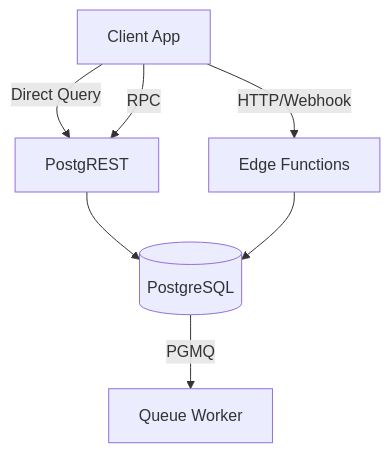
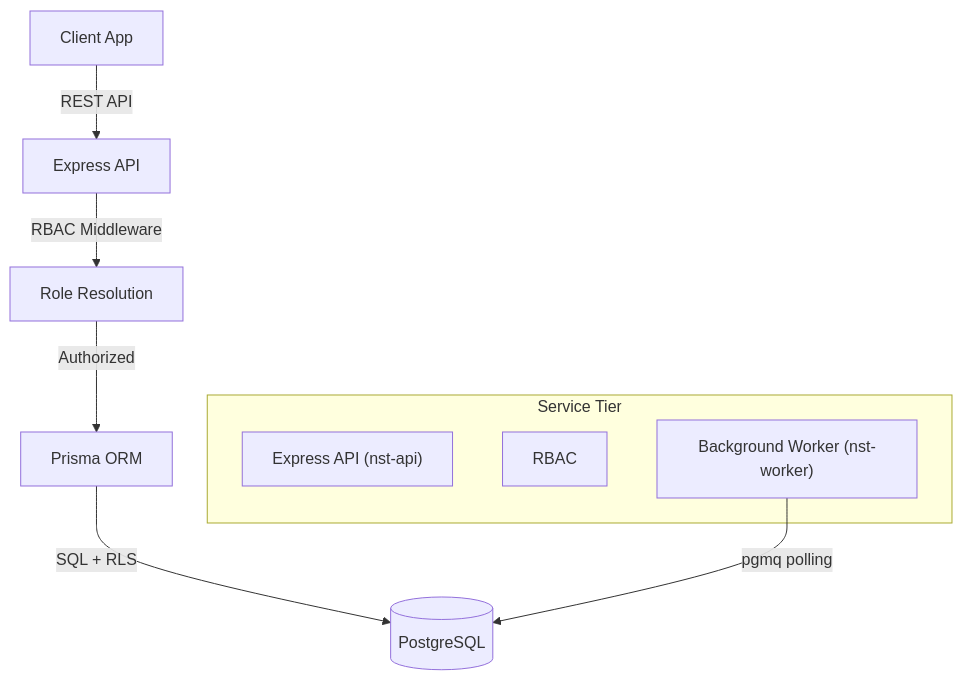
One commit to sohamdhande/nst-events-docs changed the diagram in docs/api/01-api-architecture.md. Above: the diagram before and after it, drawn with Mermaid. The commit also changed other lines of this file and 77 other files, not shown here.

````diff
--- a/docs/api/01-api-architecture.md
+++ b/docs/api/01-api-architecture.md
@@ -14,9 +17,14 @@
 ```mermaid
 graph TD
-    Client[Client App] --> |Direct Query| PostgREST
-    Client --> |RPC| PostgREST
-    Client --> |HTTP/Webhook| EdgeFunctions[Edge Functions]
-    PostgREST --> Database[(PostgreSQL)]
-    EdgeFunctions --> Database
-    Database --> |PGMQ| QueueWorker[Queue Worker]
+    Client[Client App] -->|REST API| Express[Express API]
+    Express -->|RBAC Middleware| Auth[Role Resolution]
+    Auth -->|Authorized| Prisma[Prisma ORM]
+    Prisma -->|SQL + RLS| Database[(PostgreSQL)]
+    subgraph Service Tier
+        API["Express API (nst-api)"]
+        RBAC
+        Worker["Background Worker (nst-worker)"]
+    end
+
+    Worker -->|pgmq polling| Database
 ```
````
